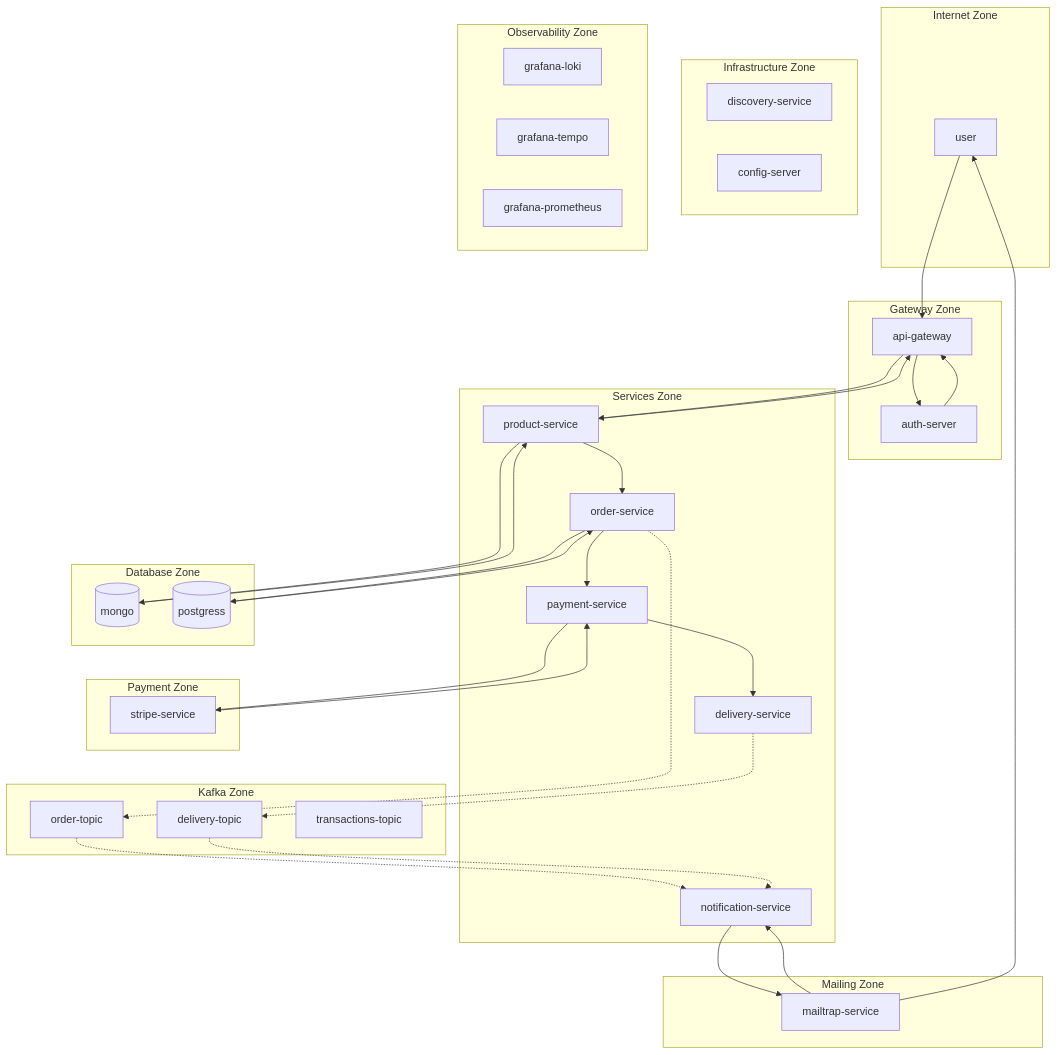
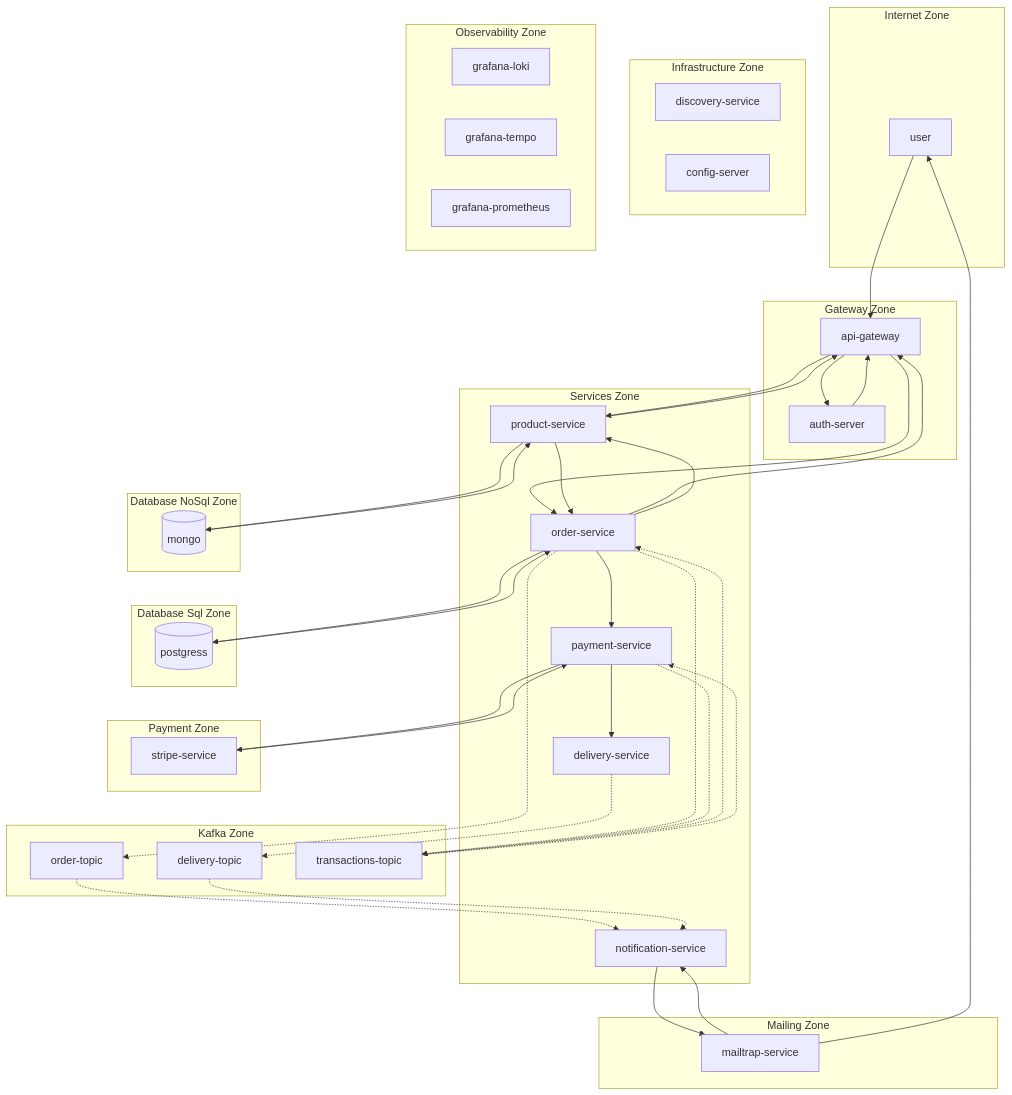
One commit to wisniewskikr/mermaid changed the diagram in ecommerce-virtual.md. Above: the diagram before and after it, drawn with Mermaid.

Commit message:
Update flow

````diff
--- a/ecommerce-virtual.md
+++ b/ecommerce-virtual.md
@@ -37,8 +37,11 @@
             stripe-service
         end
 
-        subgraph Database Zone
+        subgraph Database NoSql Zone
             mongo[(mongo)]
+        end
+
+        subgraph Database Sql Zone
             postgress[(postgress)]
         end
 
@@ -68,7 +71,11 @@
         api-gateway --> product-service
         product-service --> api-gateway
 
+        api-gateway --> order-service
+        order-service --> api-gateway
+
         product-service --> order-service
+        order-service --> product-service
 
         order-service --> payment-service
 
@@ -80,4 +87,10 @@
 
         delivery-service .-> delivery-topic .-> notification-service 
 
+        order-service .-> transactions-topic
+        transactions-topic .-> order-service
+
+        payment-service .-> transactions-topic
+        transactions-topic .-> payment-service
+
 ```
````
